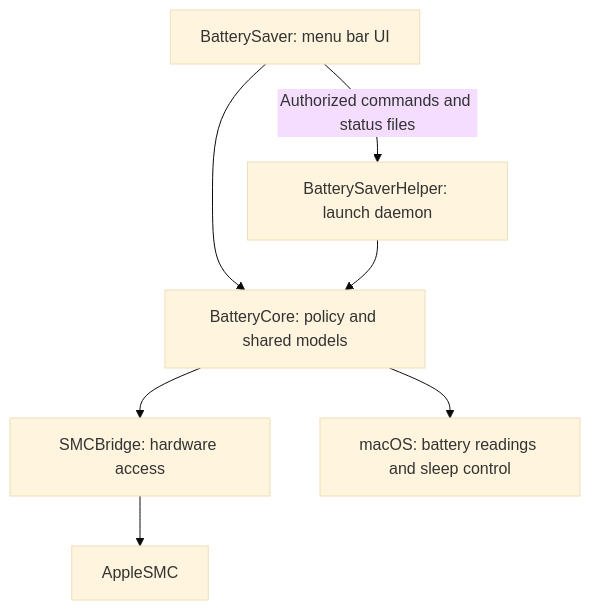
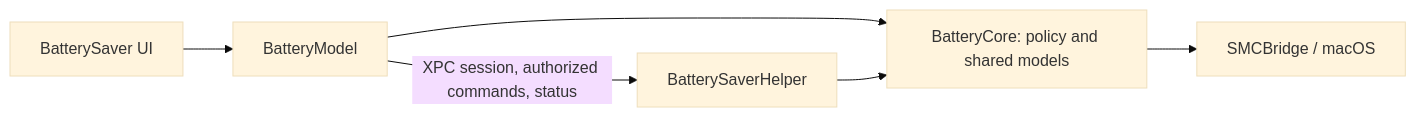
The diagram in README.md (bonomip/battery-saver), drawn with Mermaid (base theme) before and after one commit. The commit also changed other lines of this file and 33 other files, not shown here.

````diff
--- a/README.md
+++ b/README.md
@@ -97,9 +71,8 @@
 ```mermaid
-flowchart TD
-    App[BatterySaver: menu bar UI] --> Core[BatteryCore: policy and shared models]
-    App -->|Authorized commands and status files| Helper[BatterySaverHelper: launch daemon]
+flowchart LR
+    UI[BatterySaver UI] --> Model[BatteryModel]
+    Model --> Core[BatteryCore: policy and shared models]
+    Model -->|XPC session, authorized commands, status| Helper[BatterySaverHelper]
     Helper --> Core
-    Core --> Bridge[SMCBridge: hardware access]
-    Core --> OS[macOS: battery readings and sleep control]
-    Bridge --> SMC[AppleSMC]
+    Core --> Hardware[SMCBridge / macOS]
 ```
````
